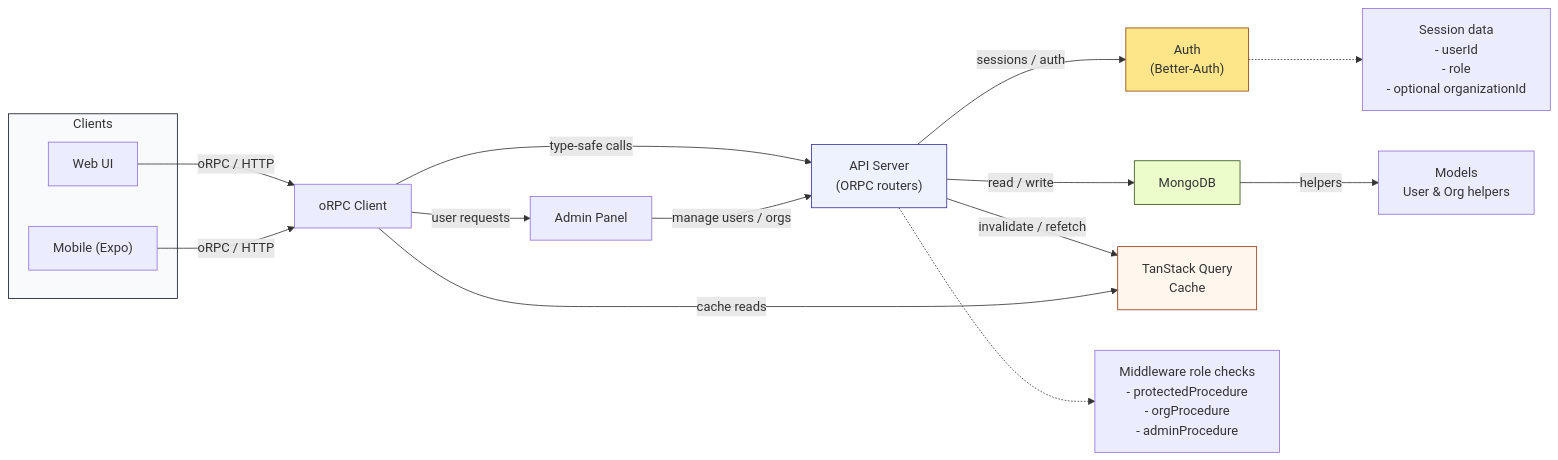
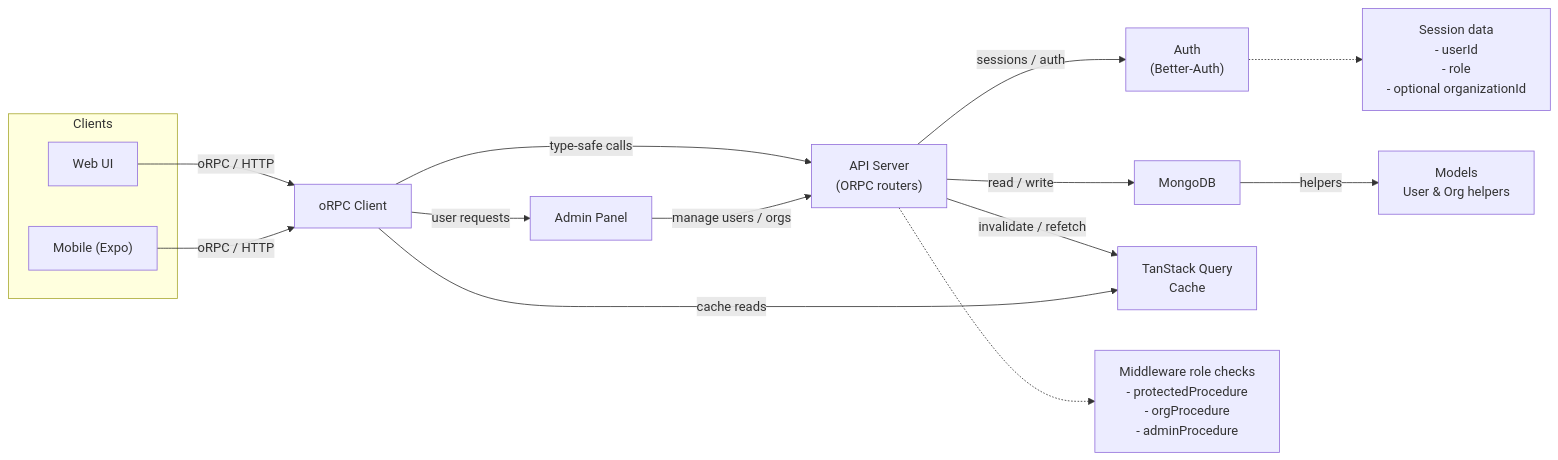
The diagram in README.md (Prathamesh-chougale-17/native-wind-tanstack-orpc-template), drawn with Mermaid before and after one commit.

Commit message:
Remove Mermaid flowchart styling from README

````diff
--- a/README.md
+++ b/README.md
@@ -60,46 +60,33 @@
 ```mermaid
 flowchart LR
   %% Clients
   subgraph Clients["Clients"]
     Web["Web UI"]
     Mobile["Mobile (Expo)"]
   end
 
   %% Client SDK / API
   Web -->|oRPC / HTTP| ClientSDK["oRPC Client"]
   Mobile -->|oRPC / HTTP| ClientSDK
   ClientSDK -->|type-safe calls| Server["API Server<br/>(ORPC routers)"]
 
   %% Admin UI
   AdminUI["Admin Panel"]
   AdminUI -->|manage users / orgs| Server
   ClientSDK -->|user requests| AdminUI
 
   %% Server -> Auth / DB / Cache
   Server -->|sessions / auth| Auth["Auth<br/>(Better-Auth)"]
   Server -->|read / write| DB["MongoDB"]
   DB -->|helpers| Models["Models<br/>User & Org helpers"]
 
   Server -->|invalidate / refetch| Cache["TanStack Query<br/>Cache"]
   ClientSDK -->|cache reads| Cache
 
   %% Notes as nodes (GitHub compatible)
   ServerNote["Middleware role checks<br/>- protectedProcedure<br/>- orgProcedure<br/>- adminProcedure"]
   AuthNote["Session data<br/>- userId<br/>- role<br/>- optional organizationId"]
 
   Server -.-> ServerNote
   Auth -.-> AuthNote
-
-  %% Styling
-  classDef clients fill:#f8fafc,stroke:#0f172a;
-  classDef server fill:#eef2ff,stroke:#3730a3;
-  classDef db fill:#ecfccb,stroke:#365314;
-  classDef auth fill:#fde68a,stroke:#92400e;
-  classDef cache fill:#fff7ed,stroke:#9a3412;
-
-  class Clients clients;
-  class Server server;
-  class DB db;
-  class Auth auth;
-  class Cache cache;
 ```
````
